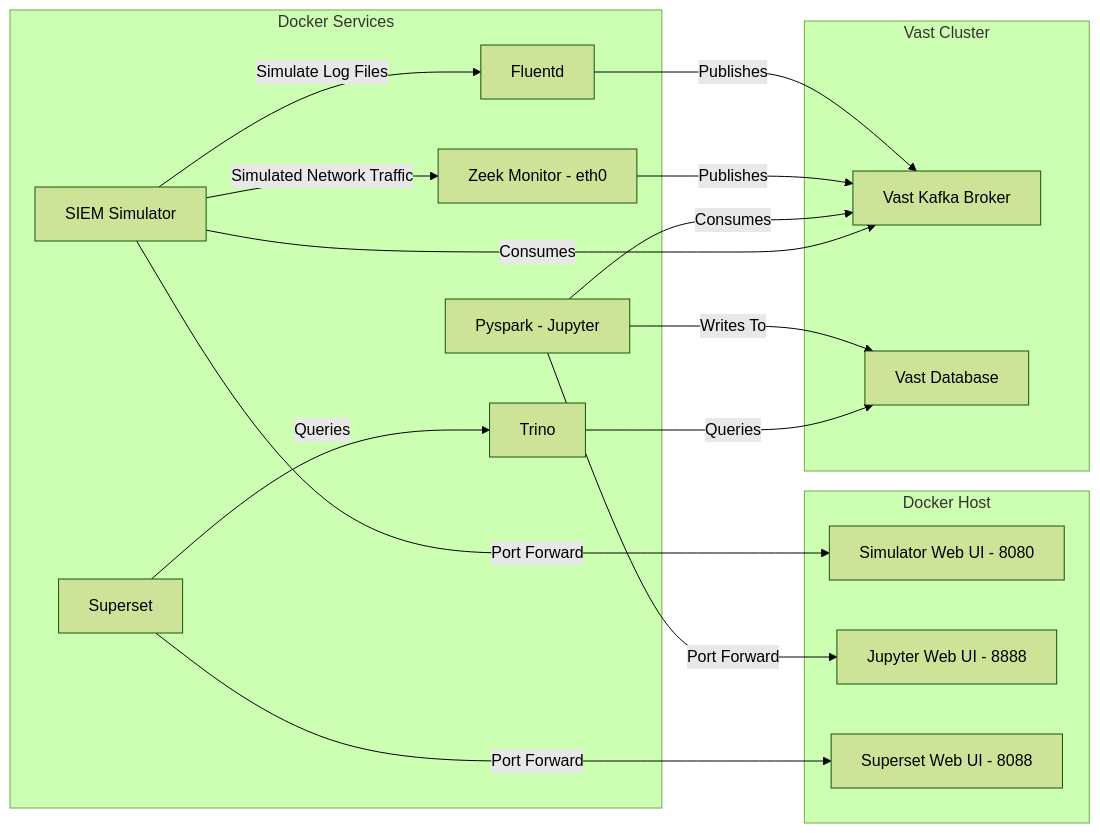
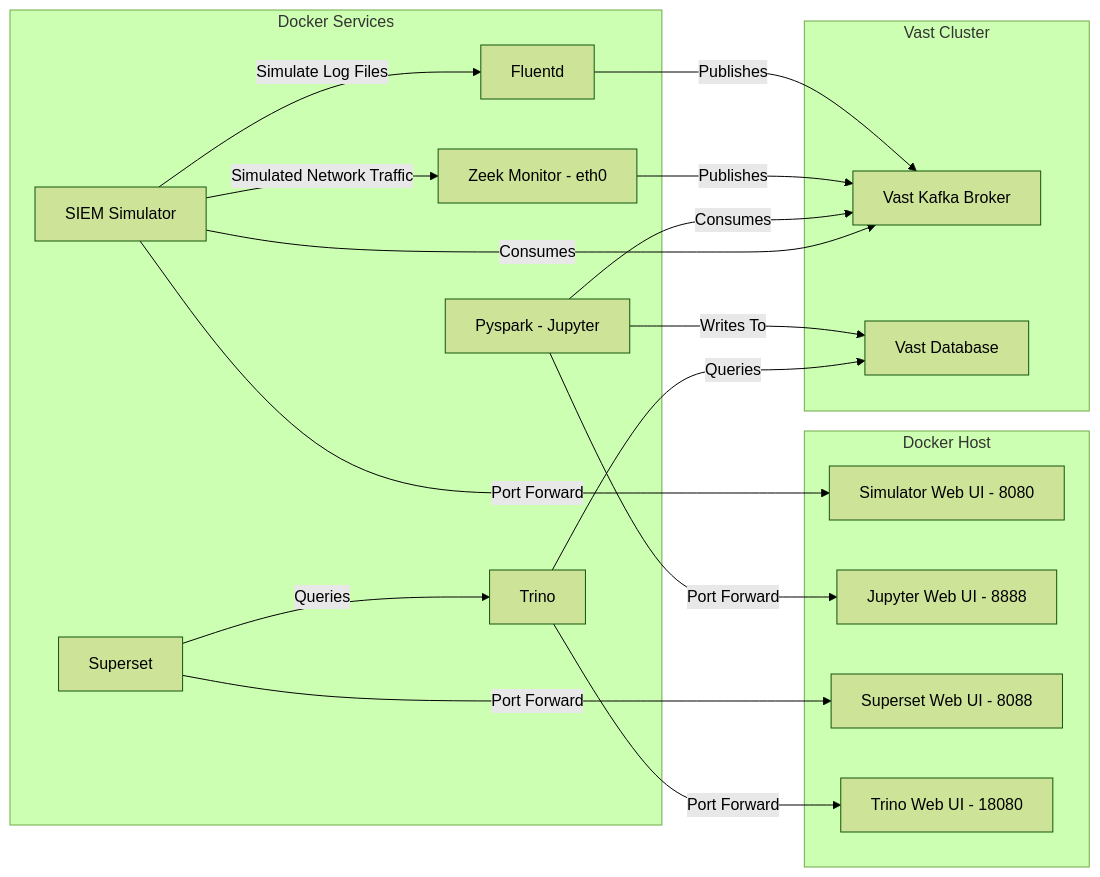
Before and after one commit to snowch/vastdata_siem_demo: the diagram in README.md, drawn with Mermaid (forest theme). The commit also changed other lines of this file, not shown here.

````diff
--- a/README.md
+++ b/README.md
@@ -13,37 +17,39 @@
 ```mermaid
 graph LR
     subgraph "Docker Services"
         Z[Zeek Monitor - eth0]
         S[SIEM Simulator]
         F[Fluentd]
         J[Pyspark - Jupyter]
         T[Trino]
         AS[Superset]
 
         S -- Simulate Log Files --> F
         S -- Simulated Network Traffic --> Z
         AS -- Queries --> T
     end
 
     subgraph "Docker Host"
         SW[Simulator Web UI - 8080]
         JW[Jupyter Web UI - 8888]
         ASW[Superset Web UI - 8088]
+        TW[Trino Web UI - 18080]
     end
 
     subgraph "Vast Cluster"
         K[Vast Kafka Broker]
         VDB[Vast Database]
     end
 
     S -- Port Forward --> SW
     J -- Port Forward --> JW
     AS -- Port Forward --> ASW
+    T -- Port Forward --> TW
 
     F -- Publishes --> K
     Z -- Publishes --> K
     J -- Consumes --> K
     S -- Consumes --> K
     J -- Writes To --> VDB
     T -- Queries --> VDB
 ```
````
